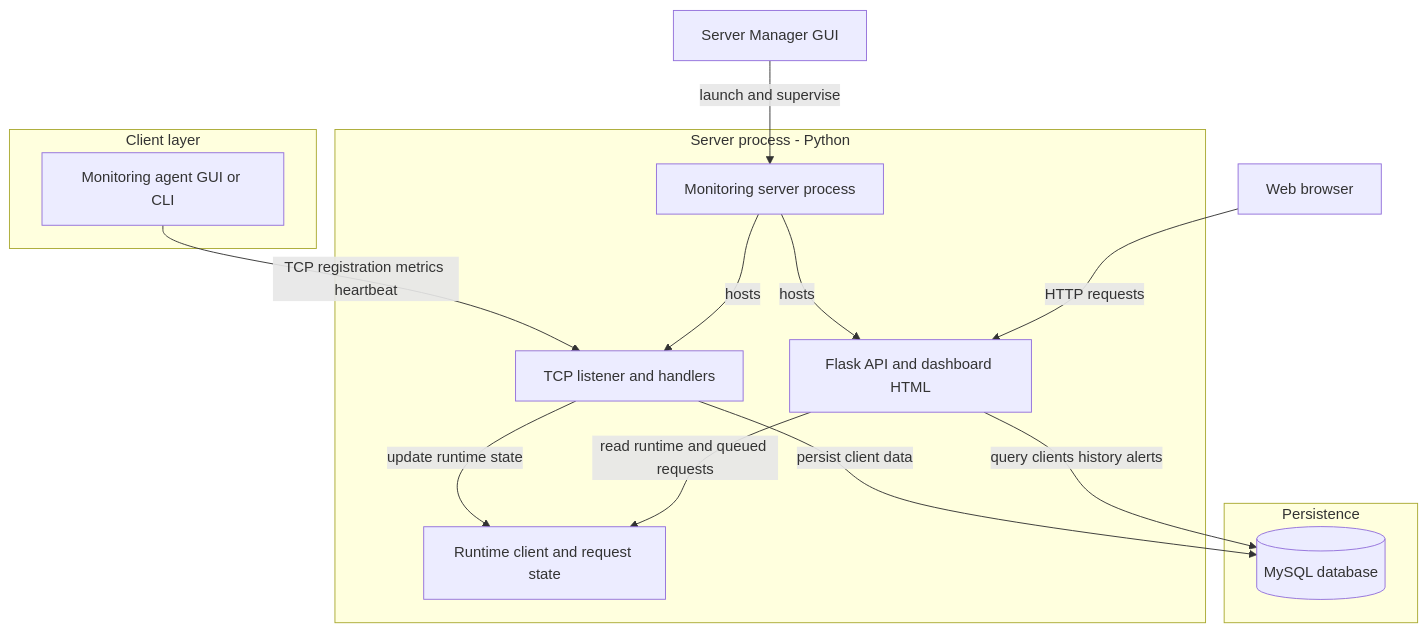
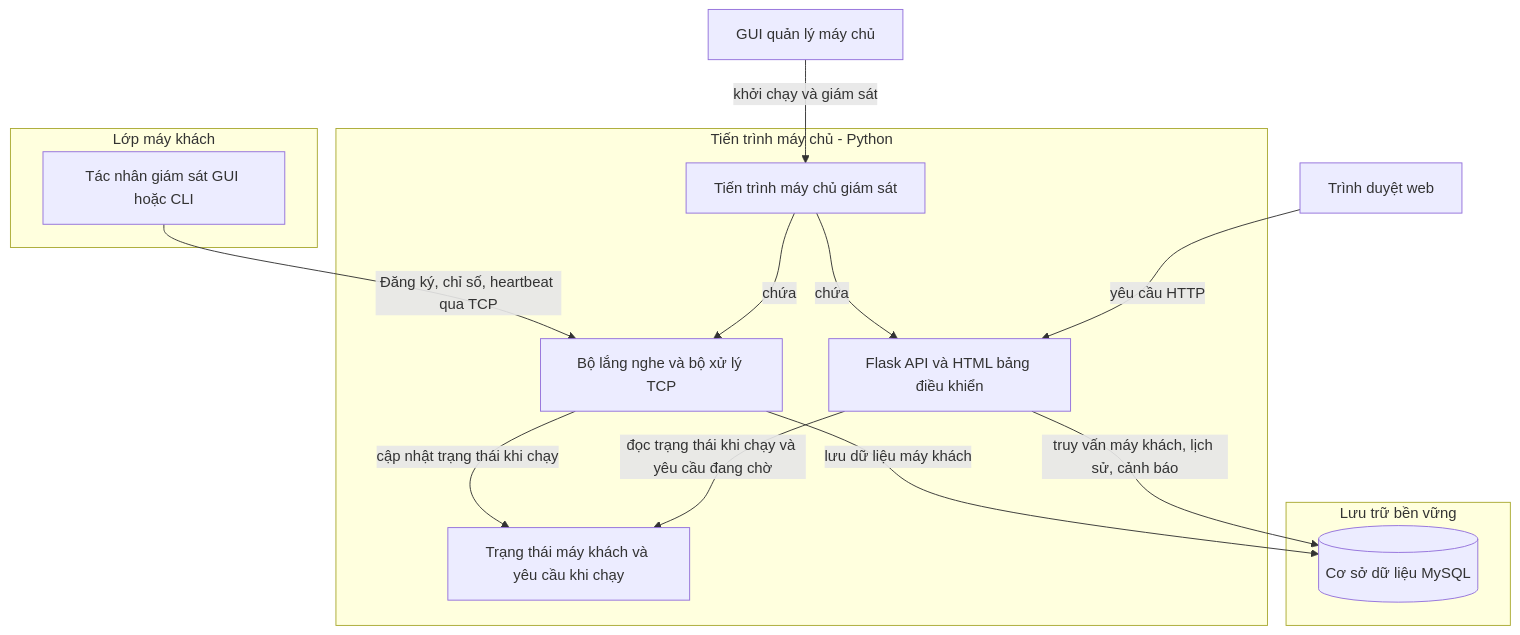
The first of 2 diagrams in docs/ARCHITECTURE.md (VoVanChung2508/P2Pminiproject), drawn with Mermaid before and after one commit. The commit also changed other lines of this file and 12 other files, not shown here.

Commit message:
VERIFY AND IMPLEMENT REAL-TIME CLIENT PROCESS MONITORING bug

````diff
--- a/docs/ARCHITECTURE.md
+++ b/docs/ARCHITECTURE.md
@@ -32,27 +42,27 @@
 ```mermaid
 flowchart TD
-    subgraph ClientLayer["Client layer"]
-        Client["Monitoring agent GUI or CLI"]
+    subgraph ClientLayer["Lớp máy khách"]
+        Client["Tác nhân giám sát GUI hoặc CLI"]
     end
-    subgraph ServerLayer["Server process - Python"]
-        ServerProcess["Monitoring server process"]
-        TCP["TCP listener and handlers"]
-        HTTP["Flask API and dashboard HTML"]
-        State["Runtime client and request state"]
+    subgraph ServerLayer["Tiến trình máy chủ - Python"]
+        ServerProcess["Tiến trình máy chủ giám sát"]
+        TCP["Bộ lắng nghe và bộ xử lý TCP"]
+        HTTP["Flask API và HTML bảng điều khiển"]
+        State["Trạng thái máy khách và yêu cầu khi chạy"]
     end
-    subgraph DataLayer["Persistence"]
-        MySQLDB[("MySQL database")]
+    subgraph DataLayer["Lưu trữ bền vững"]
+        MySQLDB[("Cơ sở dữ liệu MySQL")]
     end
-    Browser["Web browser"]
-    Manager["Server Manager GUI"]
+    Browser["Trình duyệt web"]
+    Manager["GUI quản lý máy chủ"]
 
-    Client -->|"TCP registration metrics heartbeat"| TCP
-    ServerProcess -->|"hosts"| TCP
-    ServerProcess -->|"hosts"| HTTP
-    TCP -->|"update runtime state"| State
-    TCP -->|"persist client data"| MySQLDB
-    Browser -->|"HTTP requests"| HTTP
-    HTTP -->|"query clients history alerts"| MySQLDB
-    HTTP -->|"read runtime and queued requests"| State
-    Manager -->|"launch and supervise"| ServerProcess
+    Client -->|"Đăng ký, chỉ số, heartbeat qua TCP"| TCP
+    ServerProcess -->|"chứa"| TCP
+    ServerProcess -->|"chứa"| HTTP
+    TCP -->|"cập nhật trạng thái khi chạy"| State
+    TCP -->|"lưu dữ liệu máy khách"| MySQLDB
+    Browser -->|"yêu cầu HTTP"| HTTP
+    HTTP -->|"truy vấn máy khách, lịch sử, cảnh báo"| MySQLDB
+    HTTP -->|"đọc trạng thái khi chạy và yêu cầu đang chờ"| State
+    Manager -->|"khởi chạy và giám sát"| ServerProcess
 ```
````
